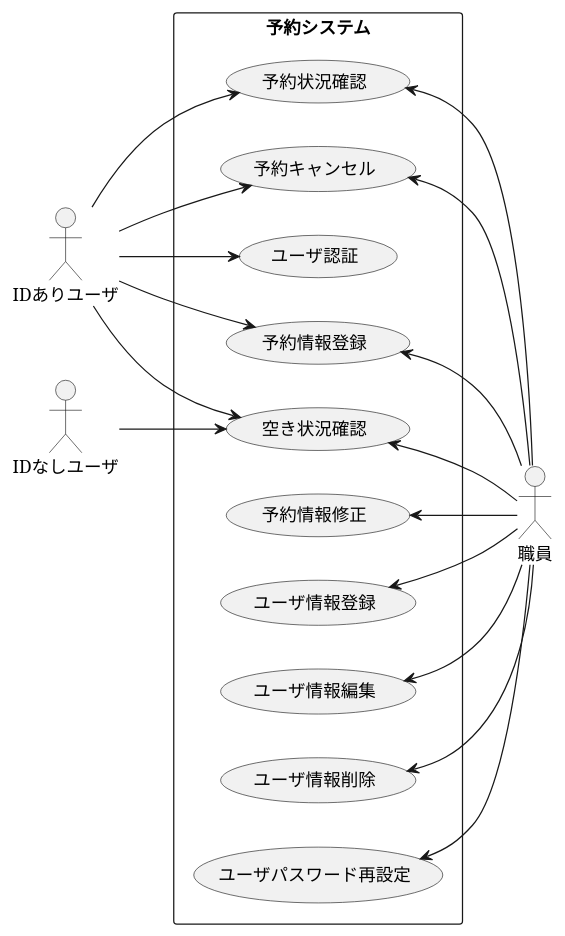
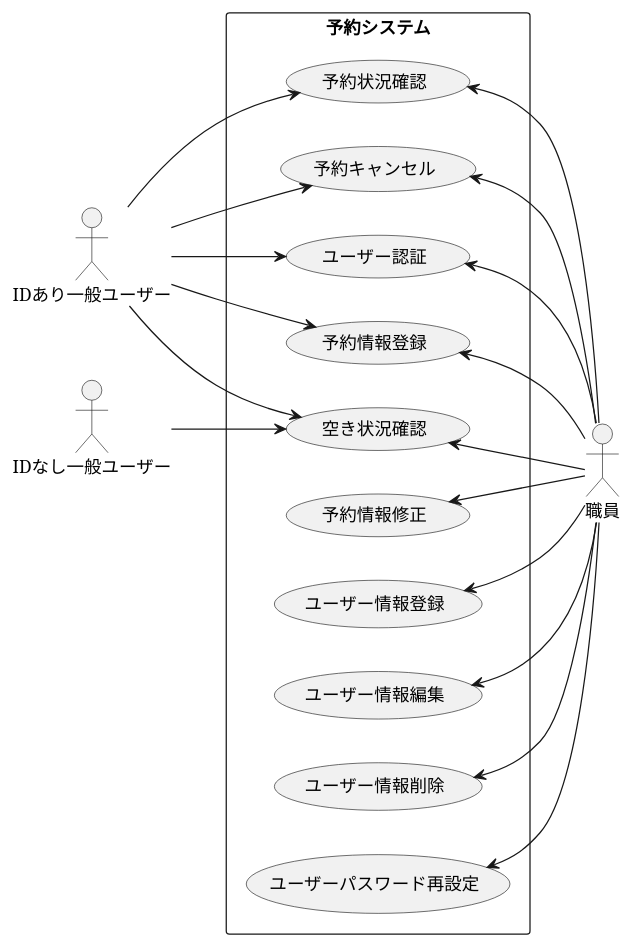
The diagram in 第06回_モデリング実習_1/提出物/usecase.pu (exag/information-science-practice4), drawn with PlantUML before and after one commit. The commit also changed 1 other file, not shown here.

```diff
--- a/第06回_モデリング実習_1/提出物/usecase.pu
+++ b/第06回_モデリング実習_1/提出物/usecase.pu
@@ -1,34 +1,35 @@
 @startuml sub6
 left to right direction
 actor 職員
-actor IDありユーザ
-actor IDなしユーザ
+actor IDあり一般ユーザー
+actor IDなし一般ユーザー
 rectangle 予約システム {
   usecase 空き状況確認
-  usecase ユーザ認証
+  usecase ユーザー認証
   usecase 予約情報登録
   usecase 予約状況確認
   usecase 予約キャンセル
   usecase 予約情報修正
-  usecase ユーザ情報登録
-  usecase ユーザ情報編集
-  usecase ユーザ情報削除
-  usecase ユーザパスワード再設定
+  usecase ユーザー情報登録
+  usecase ユーザー情報編集
+  usecase ユーザー情報削除
+  usecase ユーザーパスワード再設定
 }
-IDなしユーザ --> 空き状況確認
-IDありユーザ --> 空き状況確認
-IDありユーザ --> ユーザ認証
-IDありユーザ --> 予約情報登録
-IDありユーザ --> 予約状況確認
-IDありユーザ --> 予約キャンセル
+IDなし一般ユーザー --> 空き状況確認
+IDあり一般ユーザー --> 空き状況確認
+IDあり一般ユーザー --> ユーザー認証
+IDあり一般ユーザー --> 予約情報登録
+IDあり一般ユーザー --> 予約状況確認
+IDあり一般ユーザー --> 予約キャンセル
 空き状況確認 <-- 職員
 予約状況確認 <-- 職員
 予約情報登録 <-- 職員
 予約キャンセル <-- 職員
 予約情報修正 <-- 職員
-ユーザ情報登録 <-- 職員
-ユーザ情報編集 <-- 職員
-ユーザ情報削除 <-- 職員
-ユーザパスワード再設定 <-- 職員
+ユーザー情報登録 <-- 職員
+ユーザー認証 <-- 職員
+ユーザー情報編集 <-- 職員
+ユーザー情報削除 <-- 職員
+ユーザーパスワード再設定 <-- 職員
 
 @enduml
```
